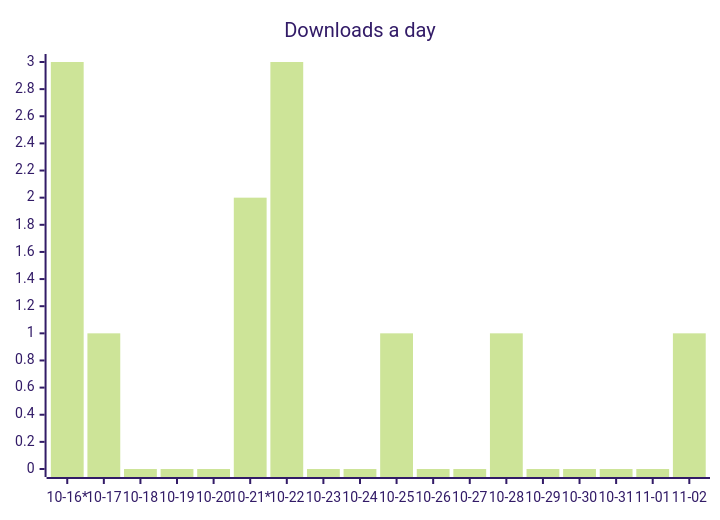
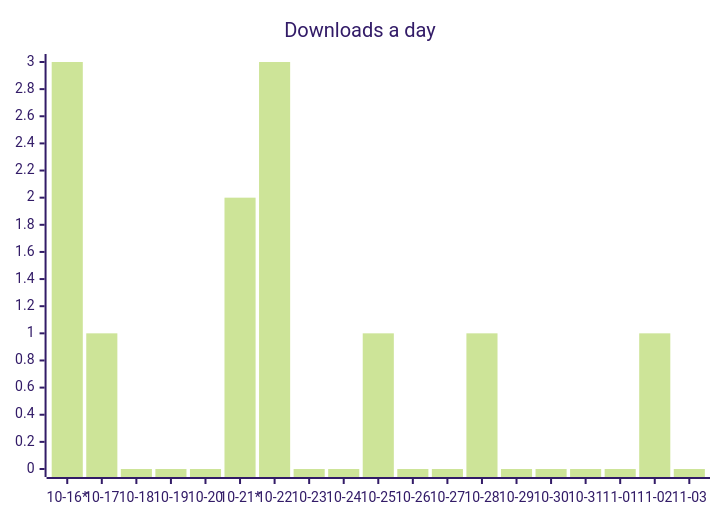
One commit to ArtemkaGoldMan/ContextSwitcher changed the first of 3 diagrams in README.md. Above: the diagram before and after it, drawn with Mermaid (forest theme). The commit also changed other lines of this file and 6 other files, not shown here.

````diff
--- a/README.md
+++ b/README.md
@@ -30,6 +30,6 @@
 ```mermaid
 xychart-beta
     title "Downloads a day"
-    x-axis ["10-16*", "10-17", "10-18", "10-19", "10-20", "10-21*", "10-22", "10-23", "10-24", "10-25", "10-26", "10-27", "10-28", "10-29", "10-30", "10-31", "11-01", "11-02"]
-    bar [3, 1, 0, 0, 0, 2, 3, 0, 0, 1, 0, 0, 1, 0, 0, 0, 0, 1]
+    x-axis ["10-16*", "10-17", "10-18", "10-19", "10-20", "10-21*", "10-22", "10-23", "10-24", "10-25", "10-26", "10-27", "10-28", "10-29", "10-30", "10-31", "11-01", "11-02", "11-03"]
+    bar [3, 1, 0, 0, 0, 2, 3, 0, 0, 1, 0, 0, 1, 0, 0, 0, 0, 1, 0]
 ```
````
